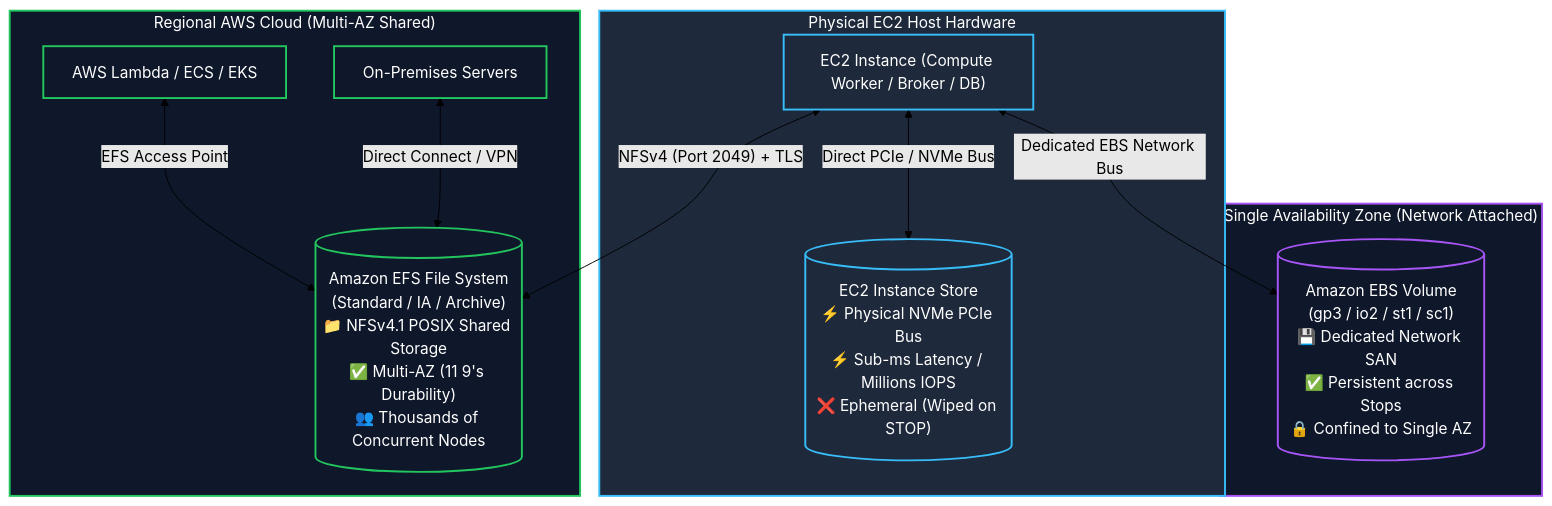
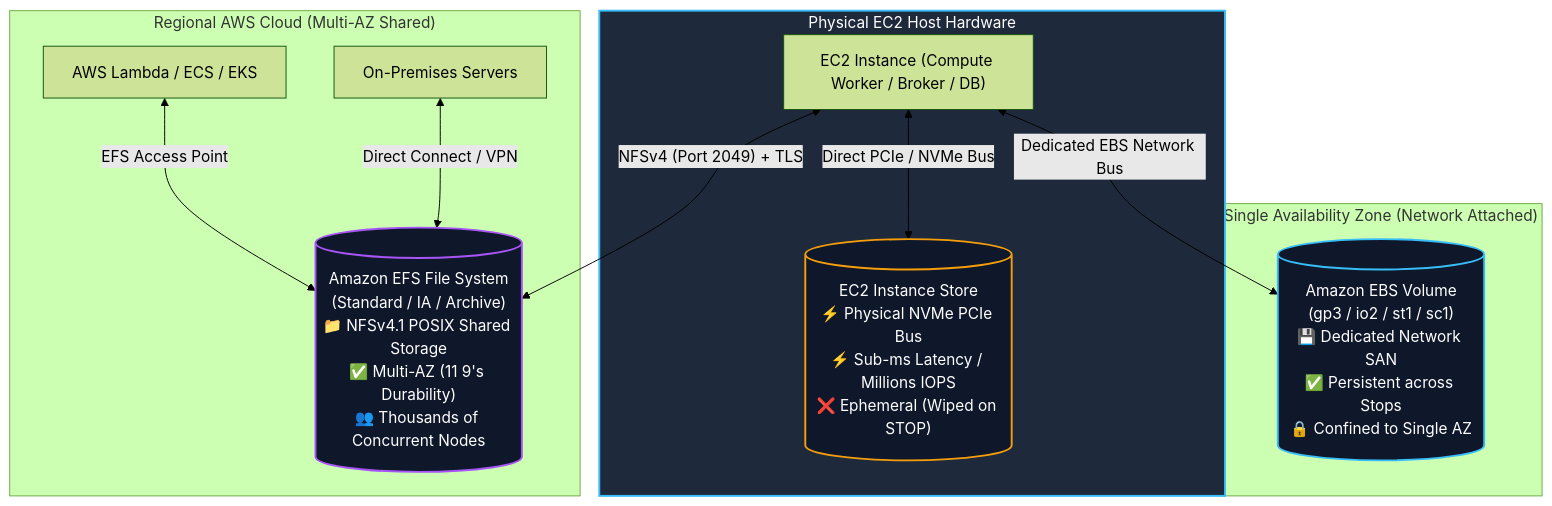
One commit to Wathon/aws-dea-c01-note changed the first of 4 diagrams in content/mm/02-services/storage/ebs-vs-efs-vs-instance-store.md. Above: the diagram before and after it, drawn with Mermaid (forest theme). The commit also changed other lines of this file and 41 other files, not shown here.

````diff
--- a/content/mm/02-services/storage/ebs-vs-efs-vs-instance-store.md
+++ b/content/mm/02-services/storage/ebs-vs-efs-vs-instance-store.md
@@ -30,28 +45,30 @@
 ```mermaid
 graph TB
     subgraph HostServer["Physical EC2 Host Hardware"]
         EC2Instance["EC2 Instance (Compute Worker / Broker / DB)"]
         InstStore[("EC2 Instance Store<br/>⚡ Physical NVMe PCIe Bus<br/>⚡ Sub-ms Latency / Millions IOPS<br/>❌ Ephemeral (Wiped on STOP)")]
         EC2Instance <-->|"Direct PCIe / NVMe Bus"| InstStore
     end
 
     subgraph AWSAZ["Single Availability Zone (Network Attached)"]
         EBSVol[("Amazon EBS Volume<br/>(gp3 / io2 / st1 / sc1)<br/>💾 Dedicated Network SAN<br/>✅ Persistent across Stops<br/>🔒 Confined to Single AZ")]
         EC2Instance <-->|"Dedicated EBS Network Bus"| EBSVol
     end
 
     subgraph AWSCloud["Regional AWS Cloud (Multi-AZ Shared)"]
         EFSVol[("Amazon EFS File System<br/>(Standard / IA / Archive)<br/>📁 NFSv4.1 POSIX Shared Storage<br/>✅ Multi-AZ (11 9's Durability)<br/>👥 Thousands of Concurrent Nodes")]
         EC2Instance <-->|"NFSv4 (Port 2049) + TLS"| EFSVol
         LambdaFunc["AWS Lambda / ECS / EKS"] <-->|"EFS Access Point"| EFSVol
         OnPrem["On-Premises Servers"] <-->|"Direct Connect / VPN"| EFSVol
     end
 
     classDef host fill:#1e293b,stroke:#38bdf8,stroke-width:2px,color:#fff;
-    classDef ebs fill:#0f172a,stroke:#a855f7,stroke-width:2px,color:#fff;
-    classDef efs fill:#0f172a,stroke:#22c55e,stroke-width:2px,color:#fff;
+    classDef ebs fill:#0f172a,stroke:#38bdf8,stroke-width:2px,color:#fff;
+    classDef efs fill:#0f172a,stroke:#a855f7,stroke-width:2px,color:#fff;
+    classDef inst fill:#0f172a,stroke:#f59e0b,stroke-width:2px,color:#fff;
 
-    class HostServer,EC2Instance,InstStore host;
-    class AWSAZ,EBSVol ebs;
-    class AWSCloud,EFSVol,LambdaFunc,OnPrem efs;
+    class HostServer host;
+    class InstStore inst;
+    class EBSVol ebs;
+    class EFSVol efs;
 ```
````
